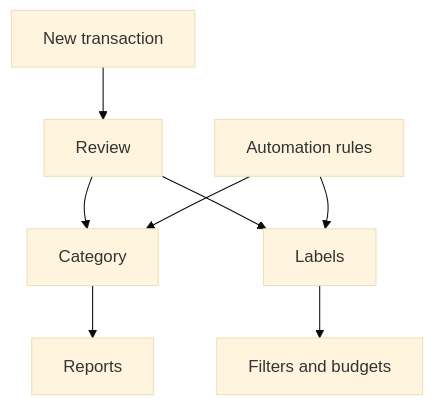
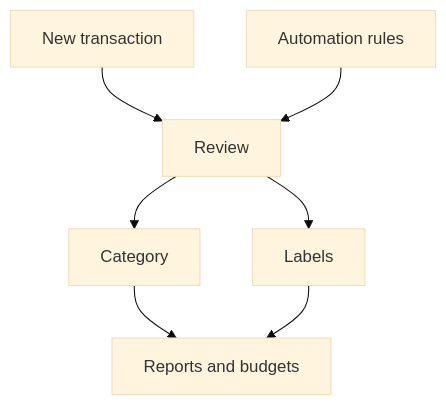
Before and after one commit to whisper-money/whisper-money: the diagram in resources/docs/documentation/20-your-data/20-transactions-en.md, drawn with Mermaid (base theme). The commit also changed 36 other files, not shown here.

````diff
--- a/resources/docs/documentation/20-your-data/20-transactions-en.md
+++ b/resources/docs/documentation/20-your-data/20-transactions-en.md
@@ -17,10 +17,10 @@
 ```mermaid
 flowchart TD
+    %% diagram: transaction-flow-en
     new[New transaction] --> review[Review]
     review --> category[Category]
     review --> labels[Labels]
-    category --> reports[Reports]
-    labels --> filters[Filters and budgets]
-    rules[Automation rules] --> category
-    rules --> labels
+    category --> reports[Reports and budgets]
+    labels --> reports
+    rules[Automation rules] --> review
 ```
````
